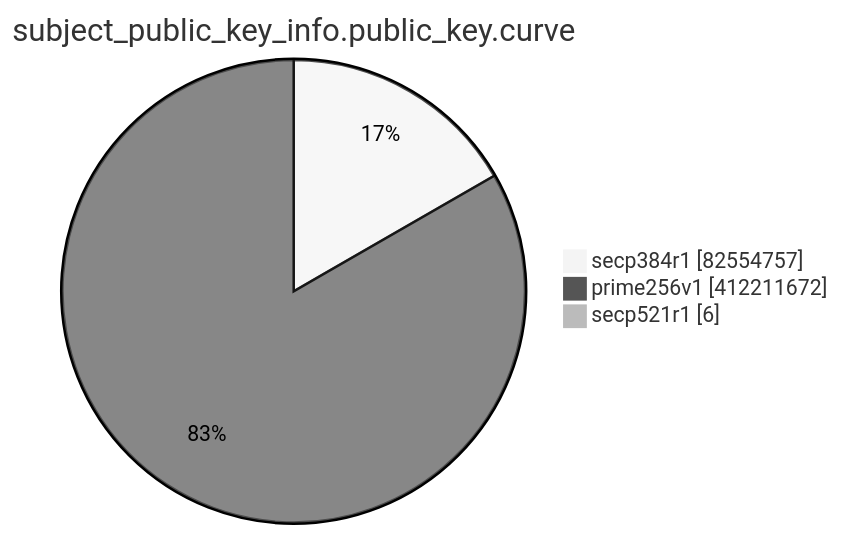
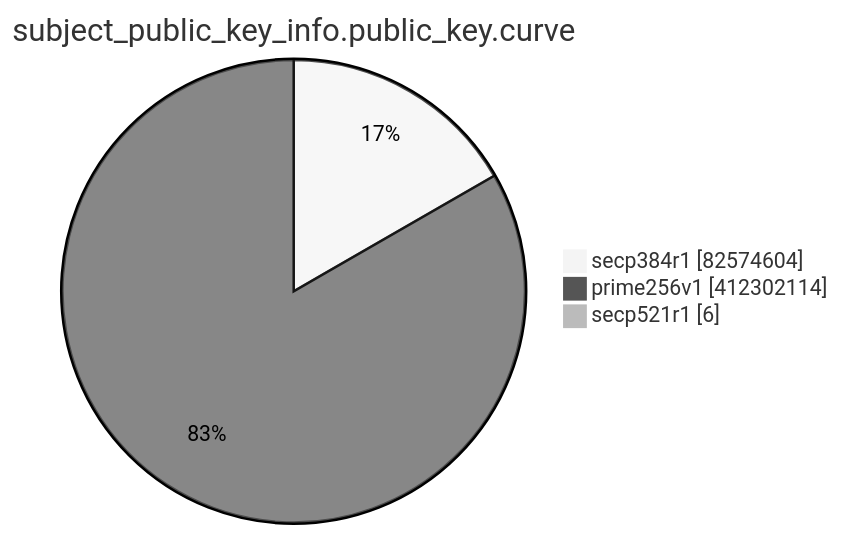
The eighth of 15 diagrams in TOTAL/README.md (christiankrug/ctmonitor_visualization), drawn with Mermaid (neutral theme) before and after one commit. The commit also changed other lines of this file, not shown here.

````diff
--- a/TOTAL/README.md
+++ b/TOTAL/README.md
@@ -3097,7 +3097,7 @@
 ```mermaid
 pie showData
 title subject_public_key_info.public_key.curve
-"secp384r1" :82554757
-"prime256v1" :412211672
+"secp384r1" :82574604
+"prime256v1" :412302114
 "secp521r1" :6
 ```
````
